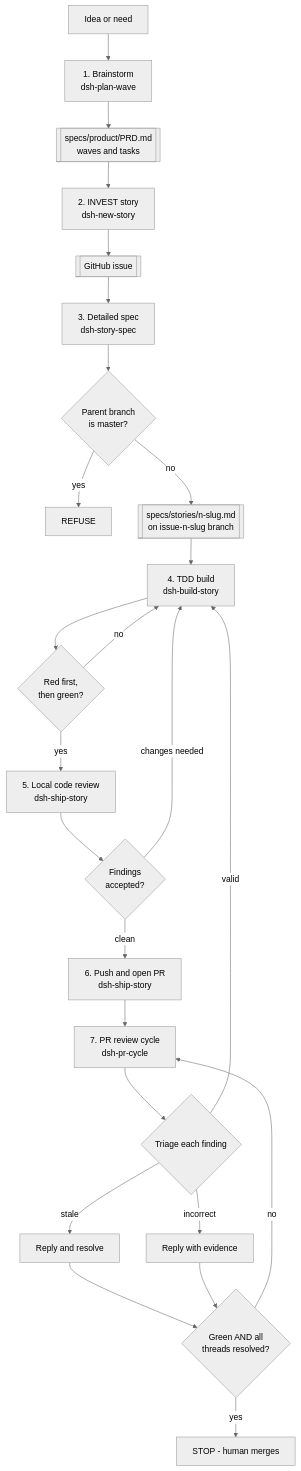
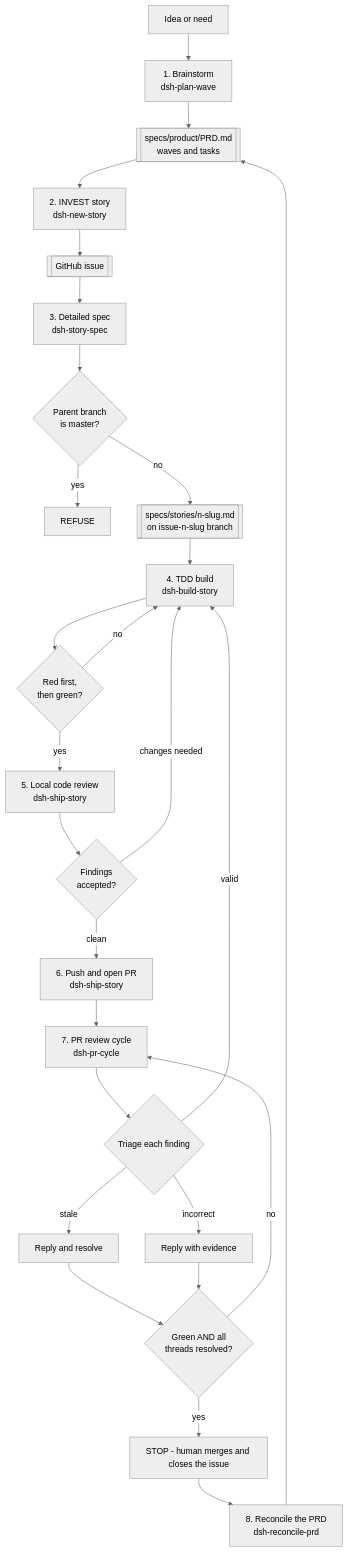
One commit to MRISS-Projects/dsh changed the diagram in docs/process/ai-driven-development.md. Above: the diagram before and after it, drawn with Mermaid (neutral theme). The commit also changed other lines of this file and 4 other files, not shown here.

First line of the commit message:
docs: add step 8 - reconcile the PRD after the merge

````diff
--- a/docs/process/ai-driven-development.md
+++ b/docs/process/ai-driven-development.md
@@ -18,28 +18,30 @@
 ```mermaid
 flowchart TD
     A[Idea or need] --> B["1. Brainstorm<br/>dsh-plan-wave"]
     B --> C[["specs/product/PRD.md<br/>waves and tasks"]]
     C --> D["2. INVEST story<br/>dsh-new-story"]
     D --> E[["GitHub issue"]]
     E --> F["3. Detailed spec<br/>dsh-story-spec"]
     F --> G{"Parent branch<br/>is master?"}
     G -->|yes| H["REFUSE"]
     G -->|no| I[["specs/stories/n-slug.md<br/>on issue-n-slug branch"]]
     I --> J["4. TDD build<br/>dsh-build-story"]
     J --> K{"Red first,<br/>then green?"}
     K -->|no| J
     K -->|yes| L["5. Local code review<br/>dsh-ship-story"]
     L --> M{"Findings<br/>accepted?"}
     M -->|changes needed| J
     M -->|clean| N["6. Push and open PR<br/>dsh-ship-story"]
     N --> Q["7. PR review cycle<br/>dsh-pr-cycle"]
     Q --> R{"Triage each finding"}
     R -->|stale| S["Reply and resolve"]
     R -->|incorrect| T["Reply with evidence"]
     R -->|valid| J
     S --> U
     T --> U
     U{"Green AND all<br/>threads resolved?"}
     U -->|no| Q
-    U -->|yes| P["STOP - human merges"]
+    U -->|yes| P["STOP - human merges and closes the issue"]
+    P --> V["8. Reconcile the PRD<br/>dsh-reconcile-prd"]
+    V --> C
 ```
````
